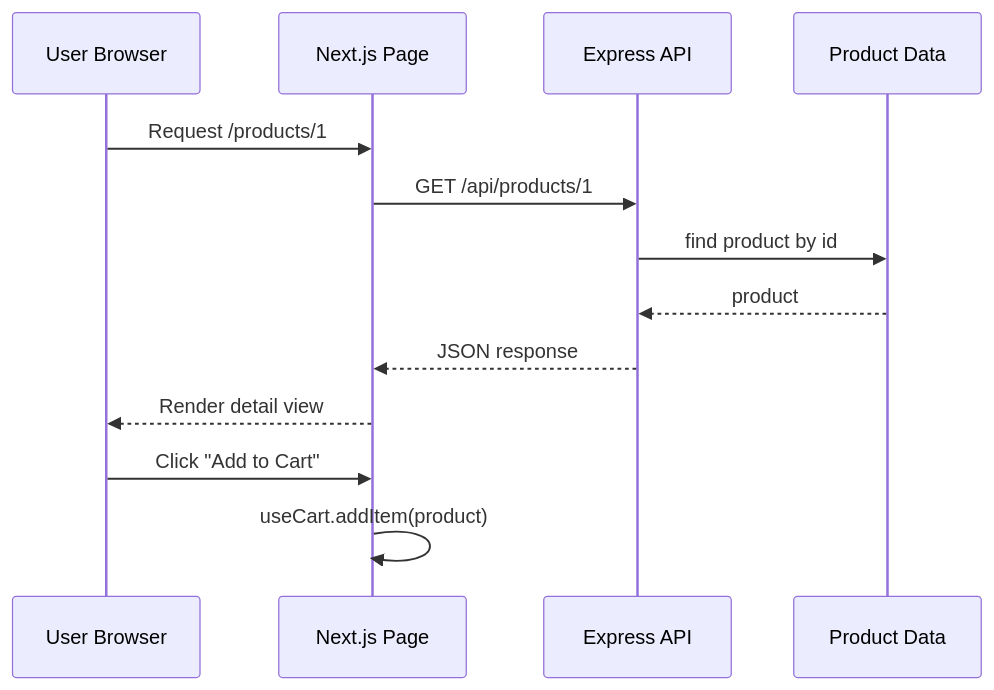
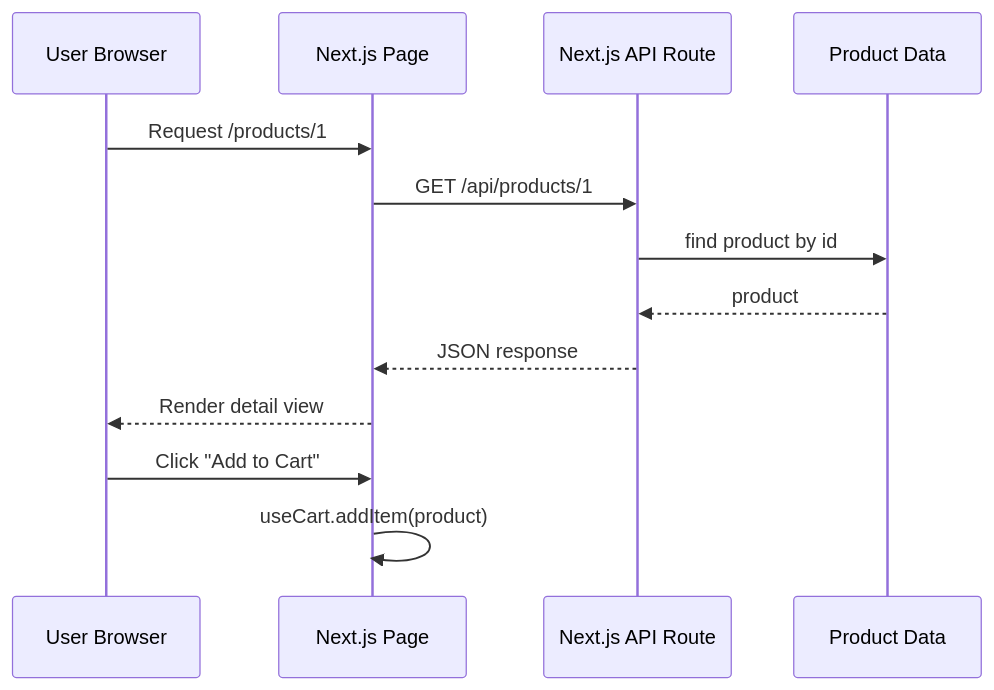
Before and after one commit to dasaep/agentic-ai-commerce: the second of 2 diagrams in docs/architecture.md, drawn with Mermaid. The commit also changed other lines of this file and 1 other file, not shown here.

Commit message:
docs: update diagrams for nextjs api routes

````diff
--- a/docs/architecture.md
+++ b/docs/architecture.md
@@ -86,16 +80,16 @@
 ```mermaid
 sequenceDiagram
     participant U as User Browser
     participant FE as Next.js Page
-    participant API as Express API
+    participant API as Next.js API Route
     participant D as Product Data
 
     U->>FE: Request /products/1
     FE->>API: GET /api/products/1
     API->>D: find product by id
     D-->>API: product
     API-->>FE: JSON response
     FE-->>U: Render detail view
     U->>FE: Click "Add to Cart"
     FE->>FE: useCart.addItem(product)
 ```
````
